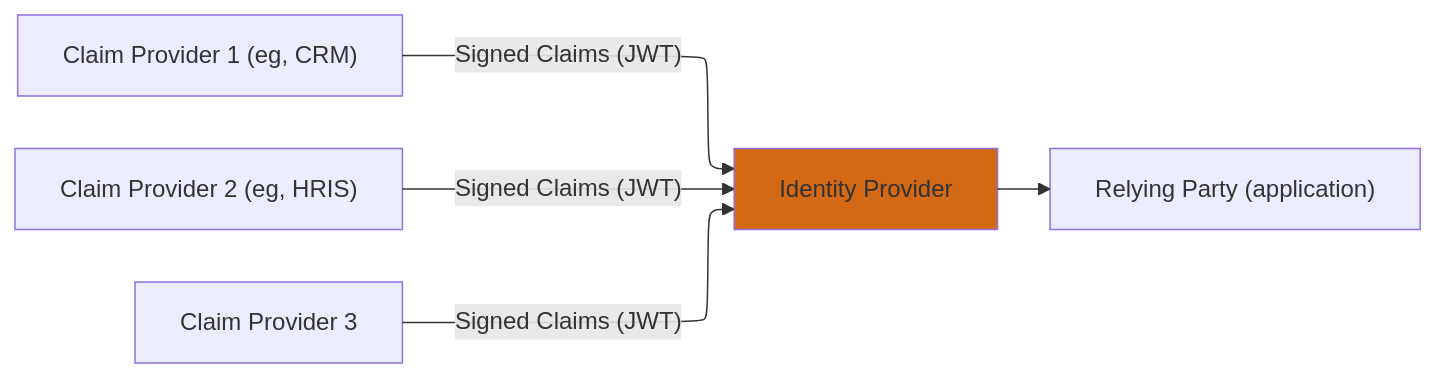
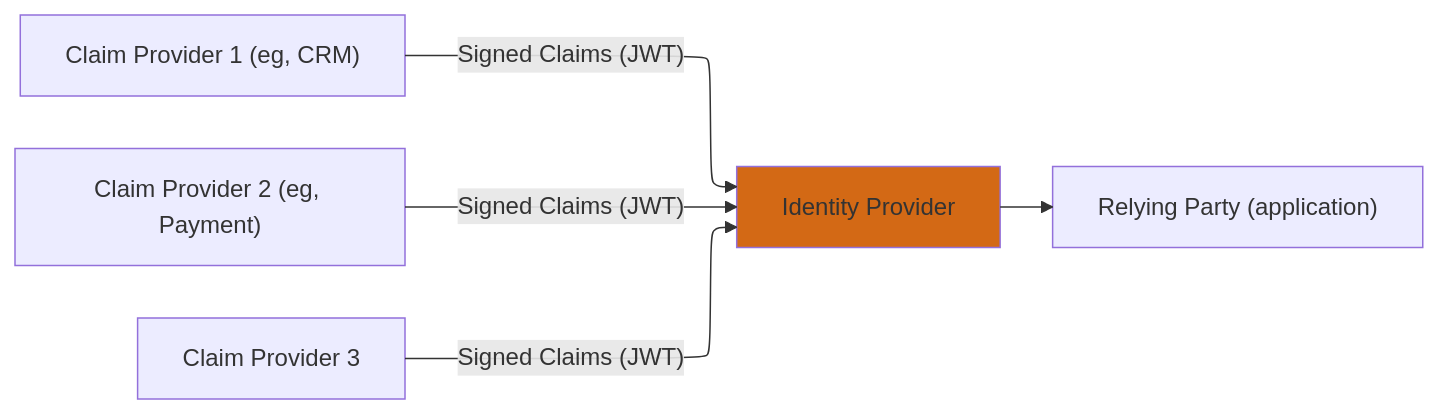
One commit to mffap/aboutauth changed the second of 2 diagrams in docs/learn/oidc/12-aggregated-and-distributed-claims.md. Above: the diagram before and after it, drawn with Mermaid. The commit also changed other lines of this file, not shown here.

Commit message:
wip aggregated claims

````diff
--- a/docs/learn/oidc/12-aggregated-and-distributed-claims.md
+++ b/docs/learn/oidc/12-aggregated-and-distributed-claims.md
@@ -69,7 +69,7 @@
 ```mermaid
 flowchart-elk LR
     CP1["Claim Provider 1 (eg, CRM)"] -- Signed Claims (JWT) --> IdP[Identity Provider]:::solidBox --> RP["Relying Party (application)"]
-    CP2["Claim Provider 2 (eg, HRIS)"] -- Signed Claims (JWT) --> IdP
+    CP2["Claim Provider 2 (eg, Payment)"] -- Signed Claims (JWT) --> IdP
     CP3[Claim Provider 3] -- Signed Claims (JWT) --> IdP
     classDef solidBox fill:#D36915;
 ```
````
